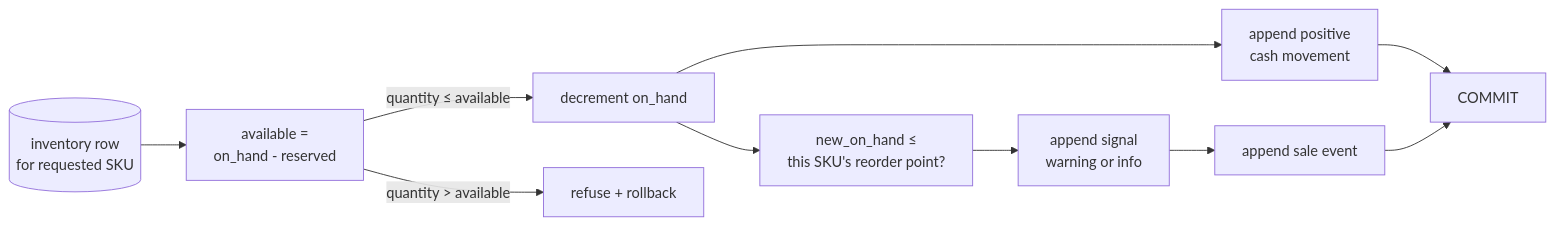
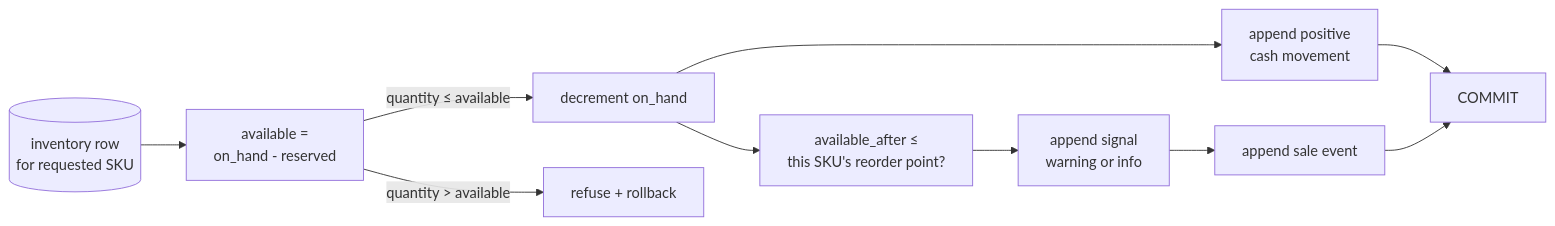
The first of 2 diagrams in book/ch09_each_product_has_its_own_threshold/README.md (profrodai/sovereign-agent), drawn with Mermaid before and after one commit. The commit also changed other lines of this file and 7 other files, not shown here.

````diff
--- a/book/ch09_each_product_has_its_own_threshold/README.md
+++ b/book/ch09_each_product_has_its_own_threshold/README.md
@@ -38,12 +38,12 @@
 ```mermaid
 flowchart LR
     I[(inventory row\nfor requested SKU)] --> A[available =\non_hand - reserved]
     A -->|quantity ≤ available| U[decrement on_hand]
     A -->|quantity > available| R[refuse + rollback]
     U --> C[append positive\ncash movement]
-    U --> N[new_on_hand ≤\nthis SKU's reorder point?]
+    U --> N[available_after ≤\nthis SKU's reorder point?]
     N --> S[append signal\nwarning or info]
     S --> E[append sale event]
     C --> K[COMMIT]
     E --> K
 ```
````
